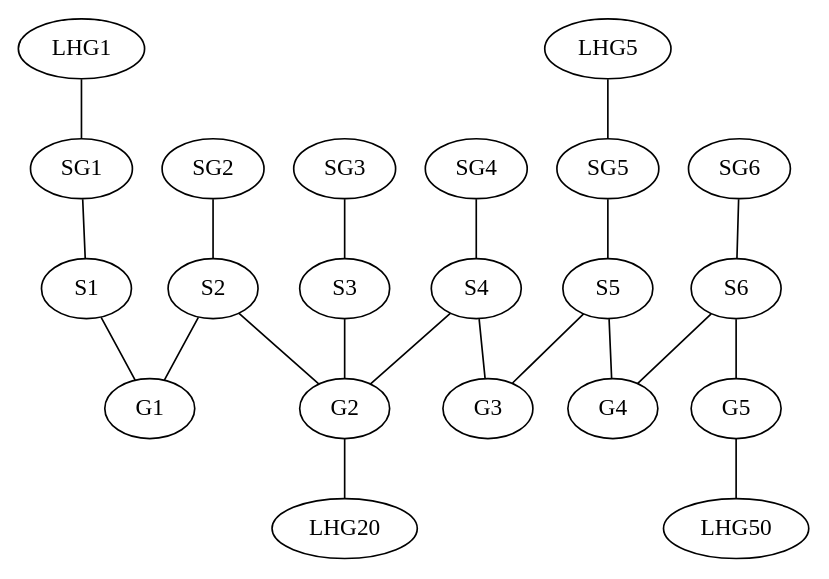
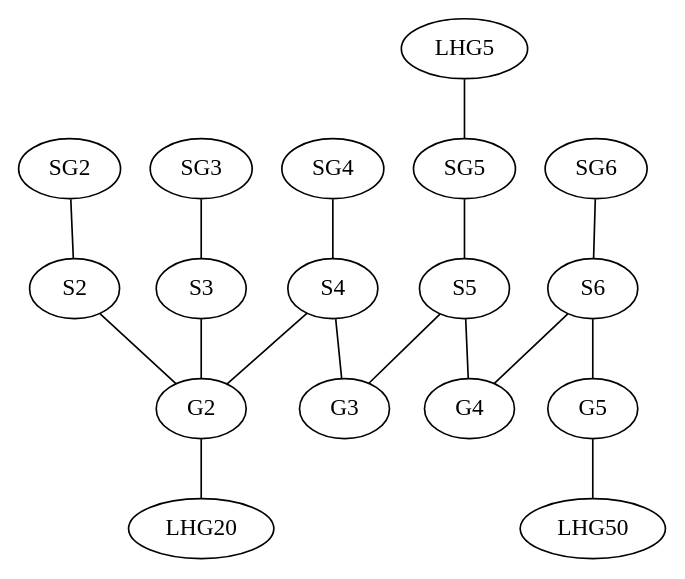
One commit to water/resources changed the diagram in report/fig/labgroup/strict_proof_continue.dot. Above: the diagram before and after it, drawn with Graphviz. The commit also changed 1 other file, not shown here.

```diff
--- a/report/fig/labgroup/strict_proof_continue.dot
+++ b/report/fig/labgroup/strict_proof_continue.dot
@@ -1,31 +1,26 @@
 graph G {
   /* Startgroups and it's repos */
-  LHG1 -- SG1
-  SG1 -- S1
   SG2 -- S2
   SG3 -- S3
   SG4 -- S4
   SG5 -- S5
   LHG5 -- SG5
   SG6 -- S6
 
   /* Labgroups */
-  S1 -- G1
-  S2 -- G1
-
   S2 -- G2
   S3 -- G2
   S4 -- G2
 
   S4 -- G3
   S5 -- G3
 
   S5 -- G4
   S6 -- G4
 
   S6 -- G5
 
   /* Repos */
   G2 -- LHG20
   G5 -- LHG50
 }
```
